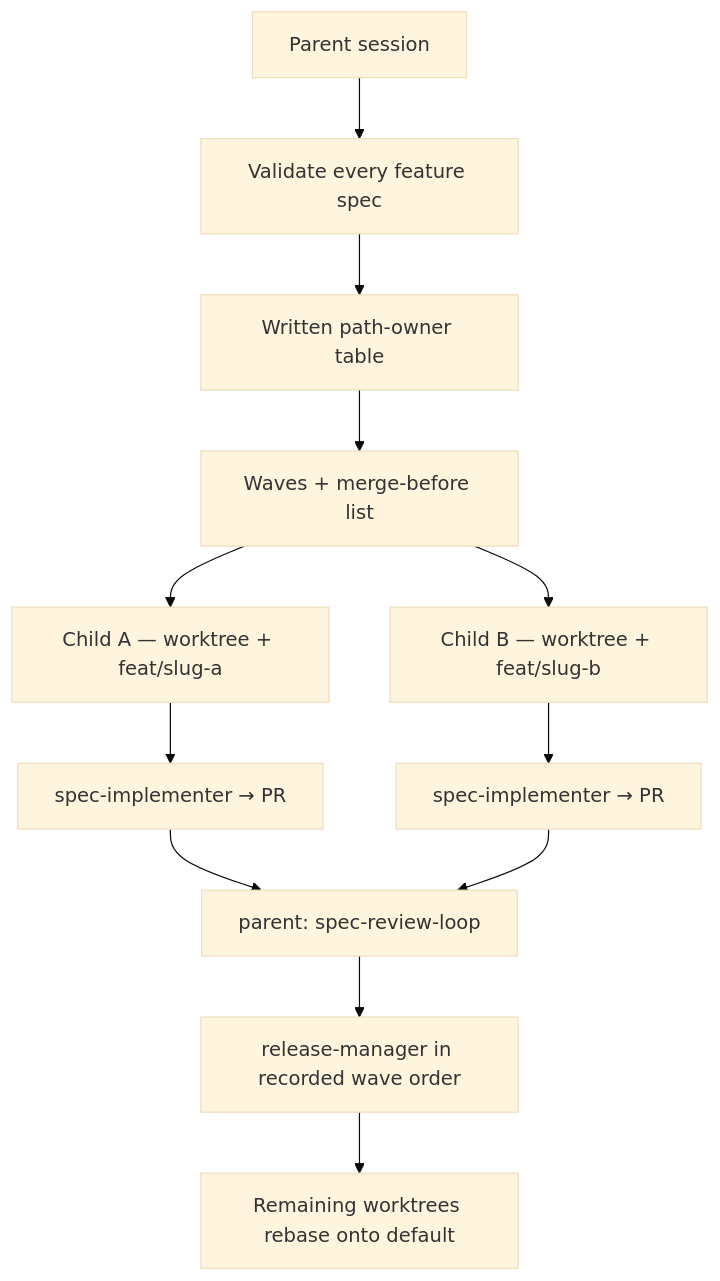
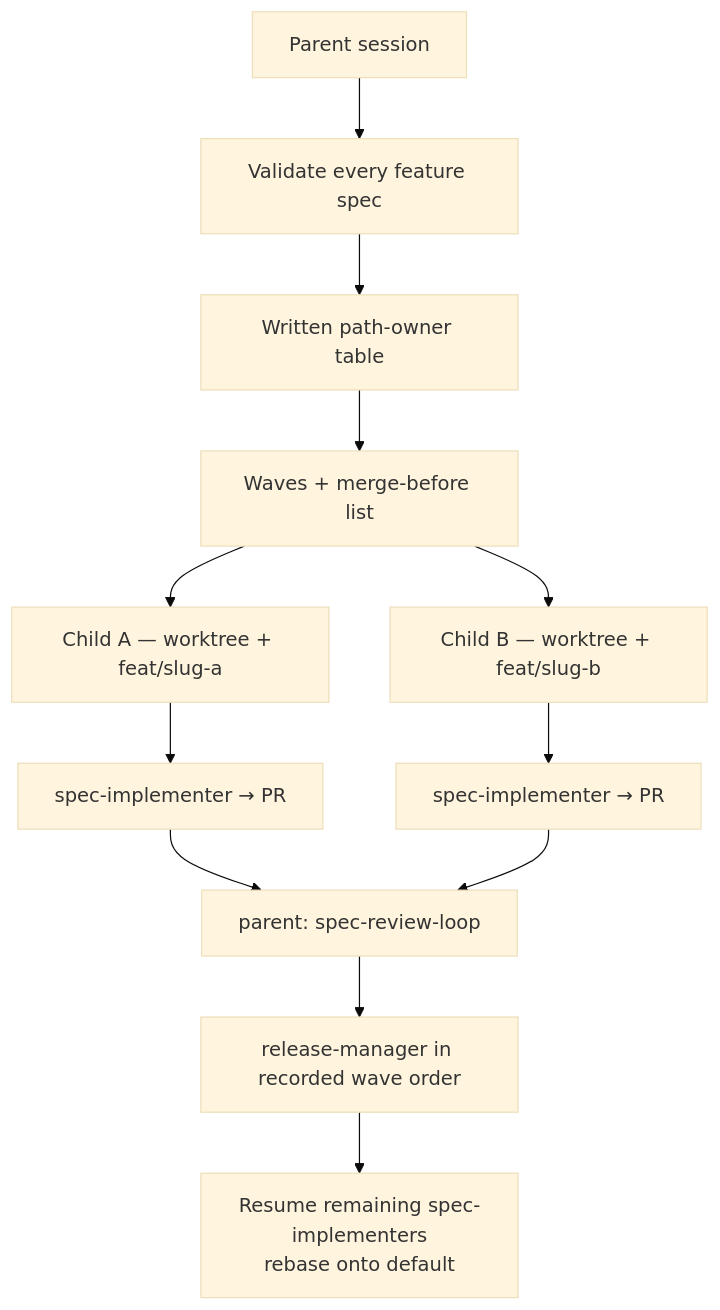
Before and after one commit to lonnylot/spec-loop: the fourth of 4 diagrams in README.md, drawn with Mermaid (base theme). The commit also changed other lines of this file and 7 other files, not shown here.

````diff
--- a/README.md
+++ b/README.md
@@ -128,14 +128,14 @@
 ```mermaid
 flowchart TB
   PARENT["Parent session"] --> SPECS["Validate every feature spec"]
   SPECS --> OWNERS["Written path-owner table"]
   OWNERS --> WAVE["Waves + merge-before list"]
   WAVE --> C1["Child A — worktree + feat/slug-a"]
   WAVE --> C2["Child B — worktree + feat/slug-b"]
   C1 --> A1["spec-implementer → PR"]
   C2 --> A2["spec-implementer → PR"]
   A1 --> REV["parent: spec-review-loop"]
   A2 --> REV
   REV --> MERGEA["release-manager in recorded wave order"]
-  MERGEA --> REBASE["Remaining worktrees rebase onto default"]
+  MERGEA --> REBASE["Resume remaining spec-implementers<br/>rebase onto default"]
 ```
````
